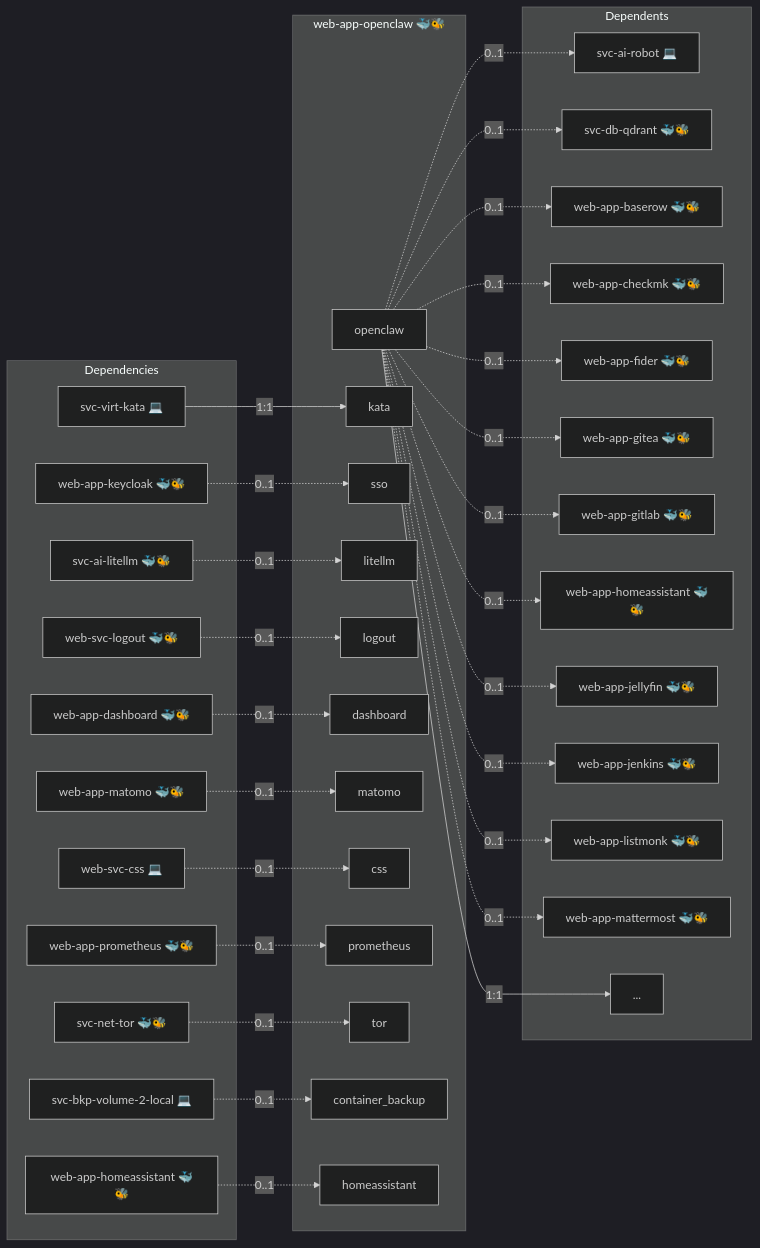
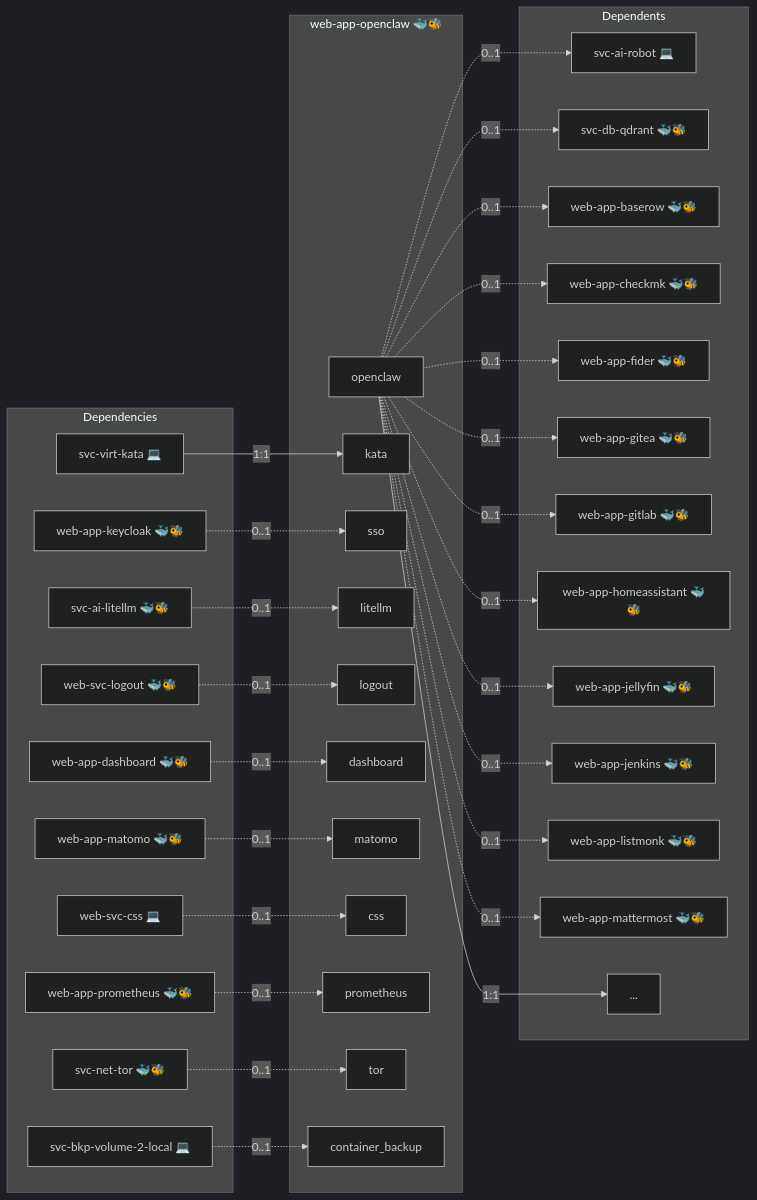
Before and after one commit to infinito-nexus/core: the diagram in roles/web-app-openclaw/README.md, drawn with Mermaid (dark theme). The commit also changed 6 other files, not shown here.

````diff
--- a/roles/web-app-openclaw/README.md
+++ b/roles/web-app-openclaw/README.md
@@ -15,69 +15,66 @@
 ```mermaid
 flowchart LR
     subgraph deps [Dependencies]
         dep_svc_ai_litellm["svc-ai-litellm 🐳🐝"]
         dep_svc_bkp_volume_2_local["svc-bkp-volume-2-local 💻"]
         dep_svc_net_tor["svc-net-tor 🐳🐝"]
         dep_svc_virt_kata["svc-virt-kata 💻"]
         dep_web_app_dashboard["web-app-dashboard 🐳🐝"]
-        dep_web_app_homeassistant["web-app-homeassistant 🐳🐝"]
         dep_web_app_keycloak["web-app-keycloak 🐳🐝"]
         dep_web_app_matomo["web-app-matomo 🐳🐝"]
         dep_web_app_prometheus["web-app-prometheus 🐳🐝"]
         dep_web_svc_css["web-svc-css 💻"]
         dep_web_svc_logout["web-svc-logout 🐳🐝"]
     end
     subgraph role [web-app-openclaw 🐳🐝]
         svc_openclaw["openclaw"]
         svc_kata["kata"]
         svc_sso["sso"]
         svc_litellm["litellm"]
         svc_logout["logout"]
         svc_dashboard["dashboard"]
         svc_matomo["matomo"]
         svc_css["css"]
         svc_prometheus["prometheus"]
         svc_tor["tor"]
         svc_container_backup["container_backup"]
-        svc_homeassistant["homeassistant"]
     end
     subgraph dependents [Dependents]
         dpt_svc_ai_robot["svc-ai-robot 💻"]
         dpt_svc_db_qdrant["svc-db-qdrant 🐳🐝"]
         dpt_web_app_baserow["web-app-baserow 🐳🐝"]
         dpt_web_app_checkmk["web-app-checkmk 🐳🐝"]
         dpt_web_app_fider["web-app-fider 🐳🐝"]
         dpt_web_app_gitea["web-app-gitea 🐳🐝"]
         dpt_web_app_gitlab["web-app-gitlab 🐳🐝"]
         dpt_web_app_homeassistant["web-app-homeassistant 🐳🐝"]
         dpt_web_app_jellyfin["web-app-jellyfin 🐳🐝"]
         dpt_web_app_jenkins["web-app-jenkins 🐳🐝"]
         dpt_web_app_listmonk["web-app-listmonk 🐳🐝"]
         dpt_web_app_mattermost["web-app-mattermost 🐳🐝"]
         dpt_more["..."]
     end
     dep_svc_ai_litellm -. "0..1" .-> svc_litellm
     dep_svc_bkp_volume_2_local -. "0..1" .-> svc_container_backup
     dep_svc_net_tor -. "0..1" .-> svc_tor
     dep_svc_virt_kata -- "1:1" --> svc_kata
     dep_web_app_dashboard -. "0..1" .-> svc_dashboard
-    dep_web_app_homeassistant -. "0..1" .-> svc_homeassistant
     dep_web_app_keycloak -. "0..1" .-> svc_sso
     dep_web_app_matomo -. "0..1" .-> svc_matomo
     dep_web_app_prometheus -. "0..1" .-> svc_prometheus
     dep_web_svc_css -. "0..1" .-> svc_css
     dep_web_svc_logout -. "0..1" .-> svc_logout
     svc_openclaw -- "1:1" --> dpt_more
     svc_openclaw -. "0..1" .-> dpt_svc_ai_robot
     svc_openclaw -. "0..1" .-> dpt_svc_db_qdrant
     svc_openclaw -. "0..1" .-> dpt_web_app_baserow
     svc_openclaw -. "0..1" .-> dpt_web_app_checkmk
     svc_openclaw -. "0..1" .-> dpt_web_app_fider
     svc_openclaw -. "0..1" .-> dpt_web_app_gitea
     svc_openclaw -. "0..1" .-> dpt_web_app_gitlab
     svc_openclaw -. "0..1" .-> dpt_web_app_homeassistant
     svc_openclaw -. "0..1" .-> dpt_web_app_jellyfin
     svc_openclaw -. "0..1" .-> dpt_web_app_jenkins
     svc_openclaw -. "0..1" .-> dpt_web_app_listmonk
     svc_openclaw -. "0..1" .-> dpt_web_app_mattermost
 ```
````
